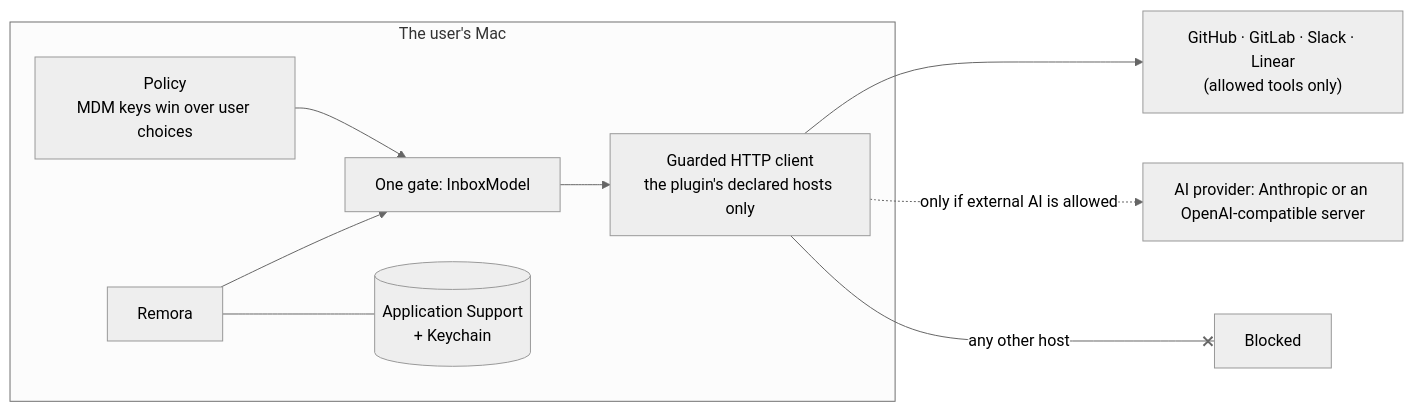
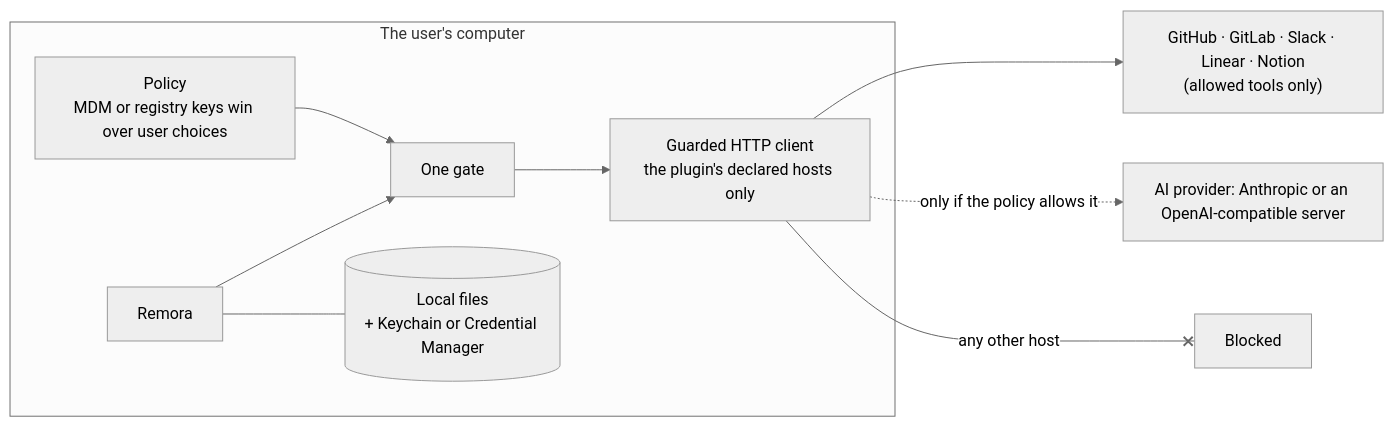
One commit to iGitScor/triage changed the diagram in docs/admin/index.md. Above: the diagram before and after it, drawn with Mermaid (neutral theme). The commit also changed other lines of this file and 51 other files, not shown here.

````diff
--- a/docs/admin/index.md
+++ b/docs/admin/index.md
@@ -26,13 +26,13 @@
 ```mermaid
 flowchart LR
-  subgraph Mac["The user's Mac"]
-    UI["Remora"] --> Gate["One gate: InboxModel"]
-    Policy["Policy<br/>MDM keys win over user choices"] --> Gate
+  subgraph Computer["The user's computer"]
+    UI["Remora"] --> Gate["One gate"]
+    Policy["Policy<br/>MDM or registry keys win over user choices"] --> Gate
     Gate --> Client["Guarded HTTP client<br/>the plugin's declared hosts only"]
-    Store[("Application Support<br/>+ Keychain")]
+    Store[("Local files<br/>+ Keychain or Credential Manager")]
     UI --- Store
   end
-  Client --> Tools["GitHub · GitLab · Slack · Linear<br/>(allowed tools only)"]
-  Client -. "only if external AI is allowed" .-> Claude["AI provider: Anthropic or an OpenAI-compatible server"]
+  Client --> Tools["GitHub · GitLab · Slack · Linear · Notion<br/>(allowed tools only)"]
+  Client -. "only if the policy allows it" .-> Claude["AI provider: Anthropic or an OpenAI-compatible server"]
   Client -- "any other host" --x Blocked["Blocked"]
 ```
````
